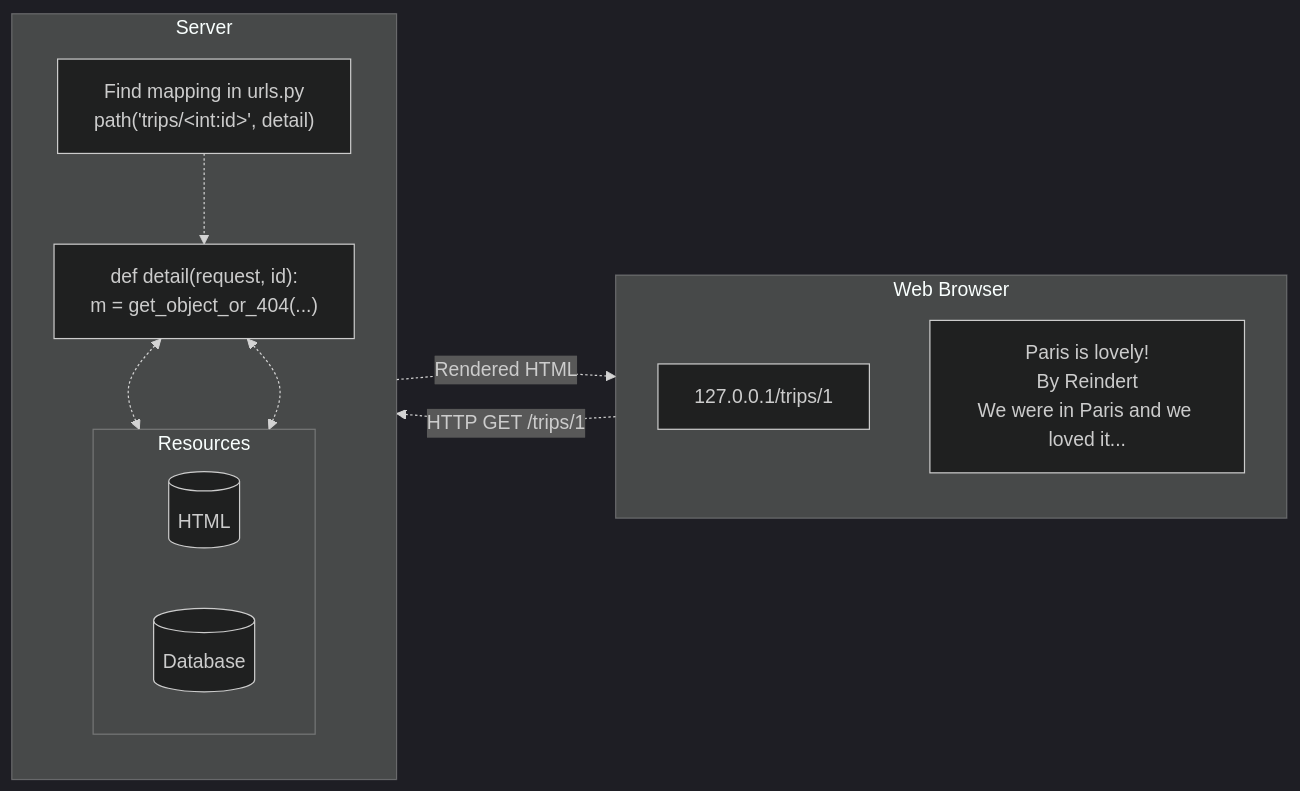
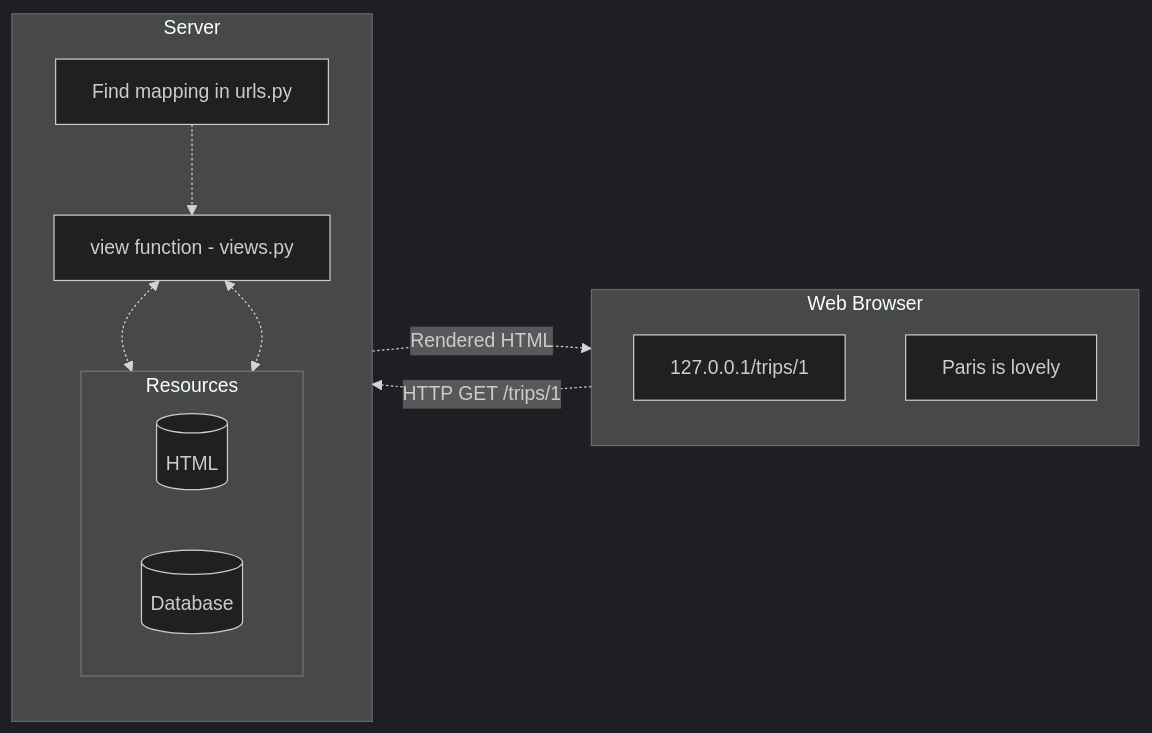
One commit to matt2ology/tech-journal-and-blog changed the second of 2 diagrams in synthesis/courses/django-6-the-big-picture/00-django-6-the-big-picture-synthesis.md. Above: the diagram before and after it, drawn with Mermaid (dark theme).

Commit message:
fix: update flowchart syntax and improve readability in Django 6 synthesis

````diff
--- a/synthesis/courses/django-6-the-big-picture/00-django-6-the-big-picture-synthesis.md
+++ b/synthesis/courses/django-6-the-big-picture/00-django-6-the-big-picture-synthesis.md
@@ -63,26 +63,26 @@
 ```mermaid
 flowchart LR
-    subgraph Browser ["Web Browser"]
+    subgraph browser[Web Browser]
         direction TB
-        URL["127.0.0.1/trips/1"]
-        Page["Paris is lovely!<br/>By Reindert<br/>We were in Paris and we loved it..."]
+        url["127.0.0.1/trips/1"]
+        page[Paris is lovely]
     end
 
-    subgraph Server ["Server"]
+    subgraph server[Server]
         direction TB
-        Router["Find mapping in urls.py<br/>path('trips/&lt;int:id&gt;', detail)"]
-        View["def detail(request, id):<br/>m = get_object_or_404(...)"]
+        router[Find mapping in urls.py]
+        view[view function - views.py]
 
-        subgraph Resources ["Resources"]
+        subgraph resources[Resources]
             direction LR
-            HTML[("HTML")]
-            DB[("Database")]
+            html[(HTML)]
+            db[("Database")]
         end
     end
 
-    URL -.->|"HTTP GET /trips/1"| Router
-    Router -.-> View
-    View <-.-> HTML
-    View <-.-> DB
-    View -.->|"Rendered HTML"| Page
+    url -.->|"HTTP GET /trips/1"| router
+    router -.-> view
+    view <-.-> html
+    view <-.-> db
+    view -.->|"Rendered HTML"| page
 ```
````
